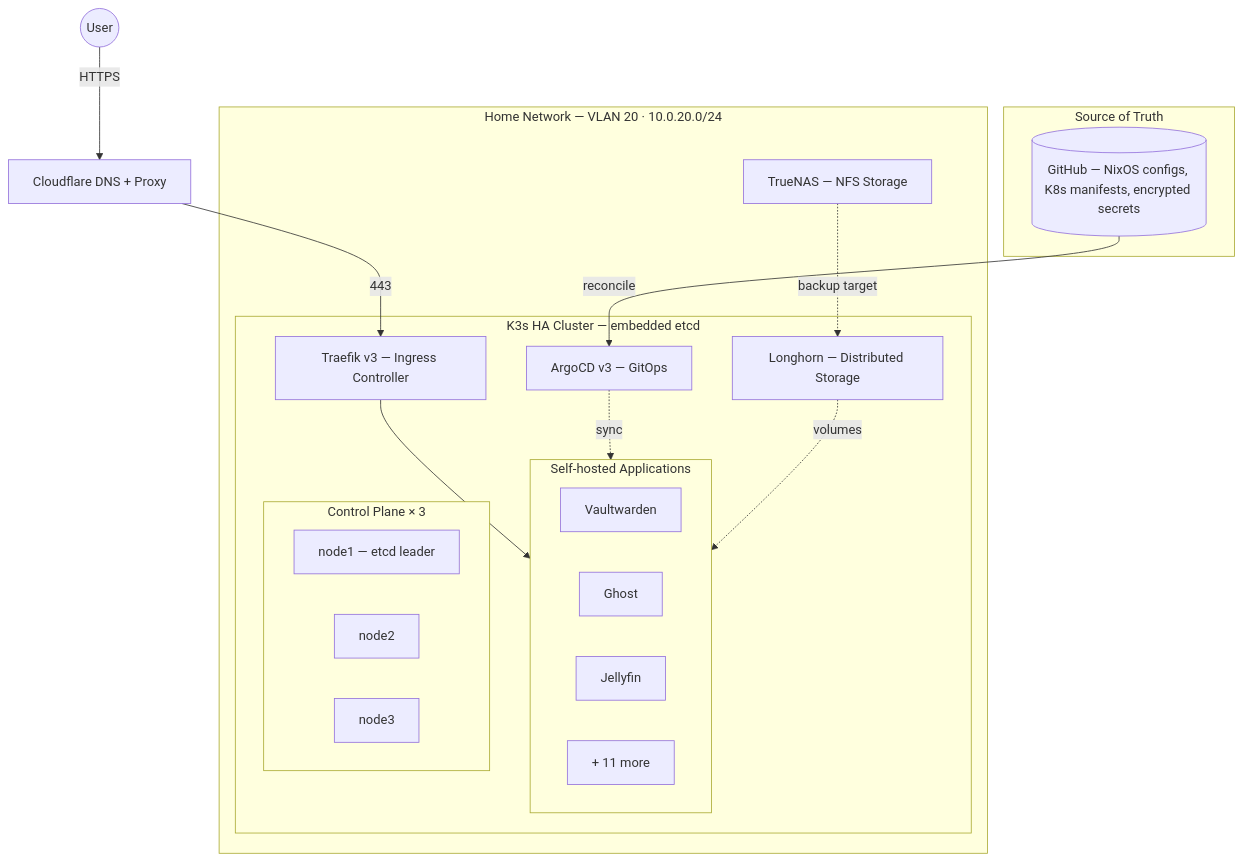
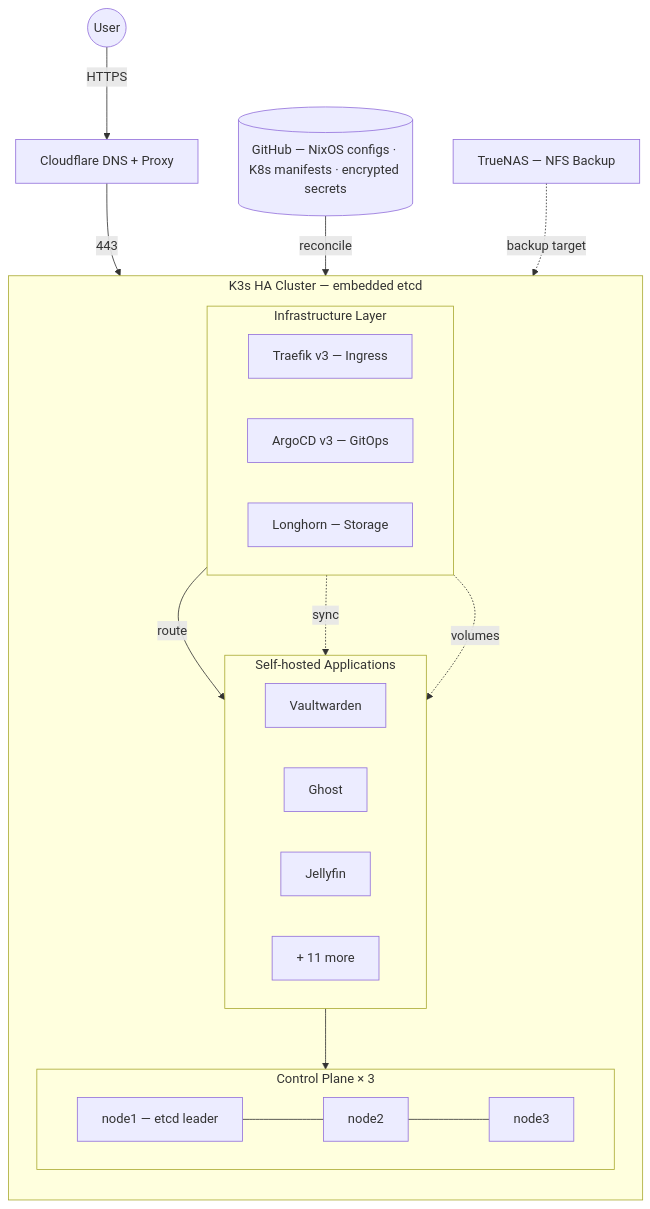
One commit to Yasuke2000/Homelab changed the diagram in docs/index.md. Above: the diagram before and after it, drawn with Mermaid.

Commit message:
docs: center source of truth and connect control plane in diagram
- Move GitHub repo node to center of flow (above ArgoCD)
- Connect Apps to Control Plane nodes
- Link control plane nodes with edges
- Group Traefik/ArgoCD/Longhorn in Infrastructure Layer row
- Remove outer Home Network wrapper to reduce nesting

````diff
--- a/docs/index.md
+++ b/docs/index.md
@@ -14,40 +14,40 @@
 ```mermaid
 graph TD
     User((User)) -->|HTTPS| CF[Cloudflare DNS + Proxy]
+
     CF -->|443| Traefik
 
-    subgraph Git[Source of Truth]
-        Repo[(GitHub — NixOS configs, K8s manifests, encrypted secrets)]
+    Repo[(GitHub — NixOS configs · K8s manifests · encrypted secrets)] -->|reconcile| ArgoCD
+
+    subgraph Cluster[K3s HA Cluster — embedded etcd]
+        direction TB
+
+        subgraph Infra[Infrastructure Layer]
+            direction LR
+            Traefik[Traefik v3 — Ingress]
+            ArgoCD[ArgoCD v3 — GitOps]
+            Longhorn[Longhorn — Storage]
+        end
+
+        Traefik -->|route| Apps
+        ArgoCD -.->|sync| Apps
+        Longhorn -.->|volumes| Apps
+
+        subgraph Apps[Self-hosted Applications]
+            direction LR
+            Vault[Vaultwarden]
+            Ghost[Ghost]
+            Jelly[Jellyfin]
+            More[+ 11 more]
+        end
+
+        subgraph CP[Control Plane × 3]
+            direction LR
+            N1[node1 — etcd leader] --- N2[node2] --- N3[node3]
+        end
+
+        Apps --> CP
     end
 
-    Repo -->|reconcile| ArgoCD
-
-    subgraph Home[Home Network — VLAN 20 · 10.0.20.0/24]
-        subgraph Cluster[K3s HA Cluster — embedded etcd]
-            Traefik[Traefik v3 — Ingress Controller]
-            ArgoCD[ArgoCD v3 — GitOps]
-            Longhorn[Longhorn — Distributed Storage]
-
-            Traefik --> Apps
-            ArgoCD -.->|sync| Apps
-            Longhorn -.->|volumes| Apps
-
-            subgraph Apps[Self-hosted Applications]
-                direction LR
-                Vault[Vaultwarden]
-                Ghost[Ghost]
-                Jelly[Jellyfin]
-                More[+ 11 more]
-            end
-
-            subgraph CP[Control Plane × 3]
-                direction LR
-                N1[node1 — etcd leader]
-                N2[node2]
-                N3[node3]
-            end
-        end
-
-        NAS[TrueNAS — NFS Storage] -.->|backup target| Longhorn
-    end
+    NAS[TrueNAS — NFS Backup] -.->|backup target| Longhorn
 ```
````
